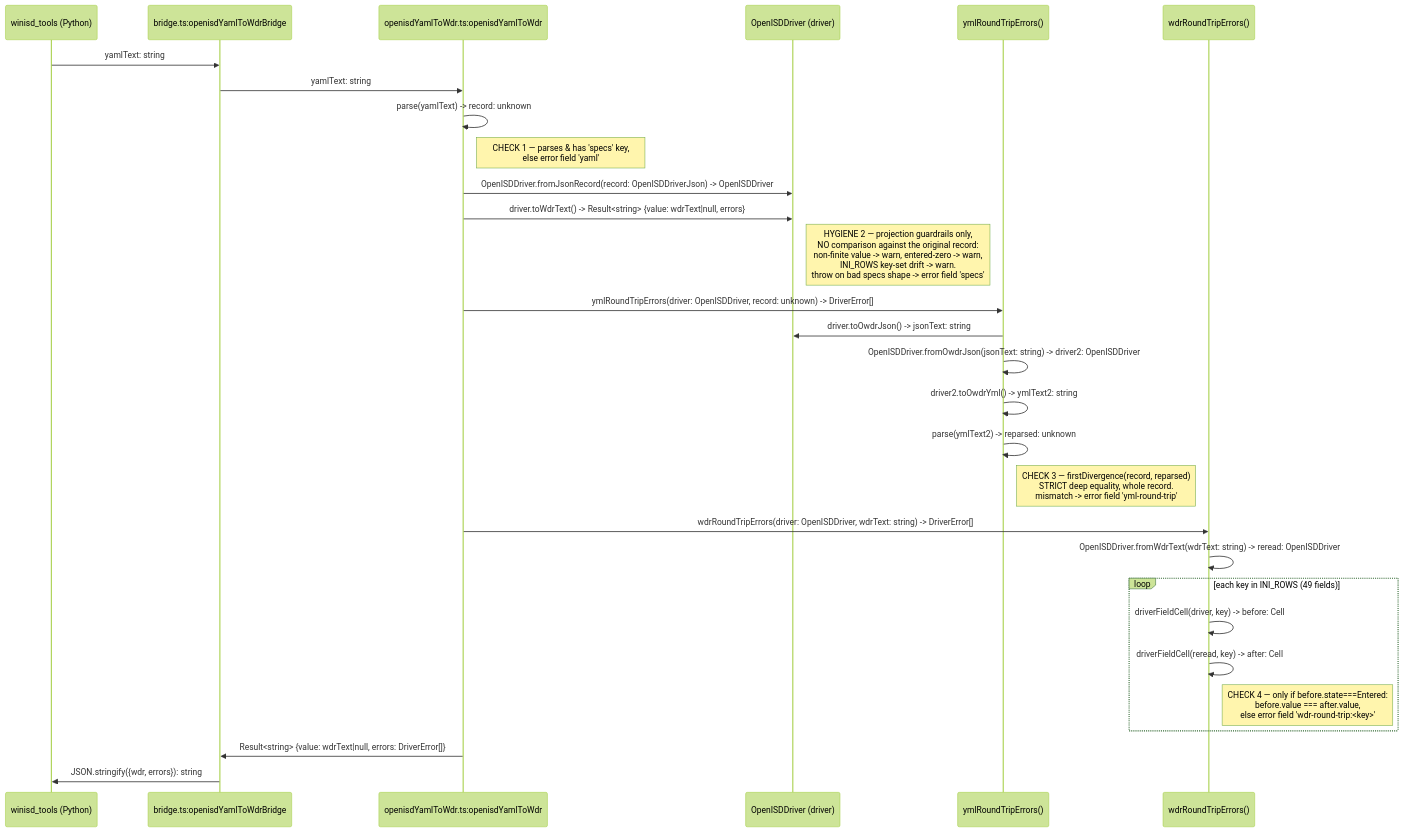
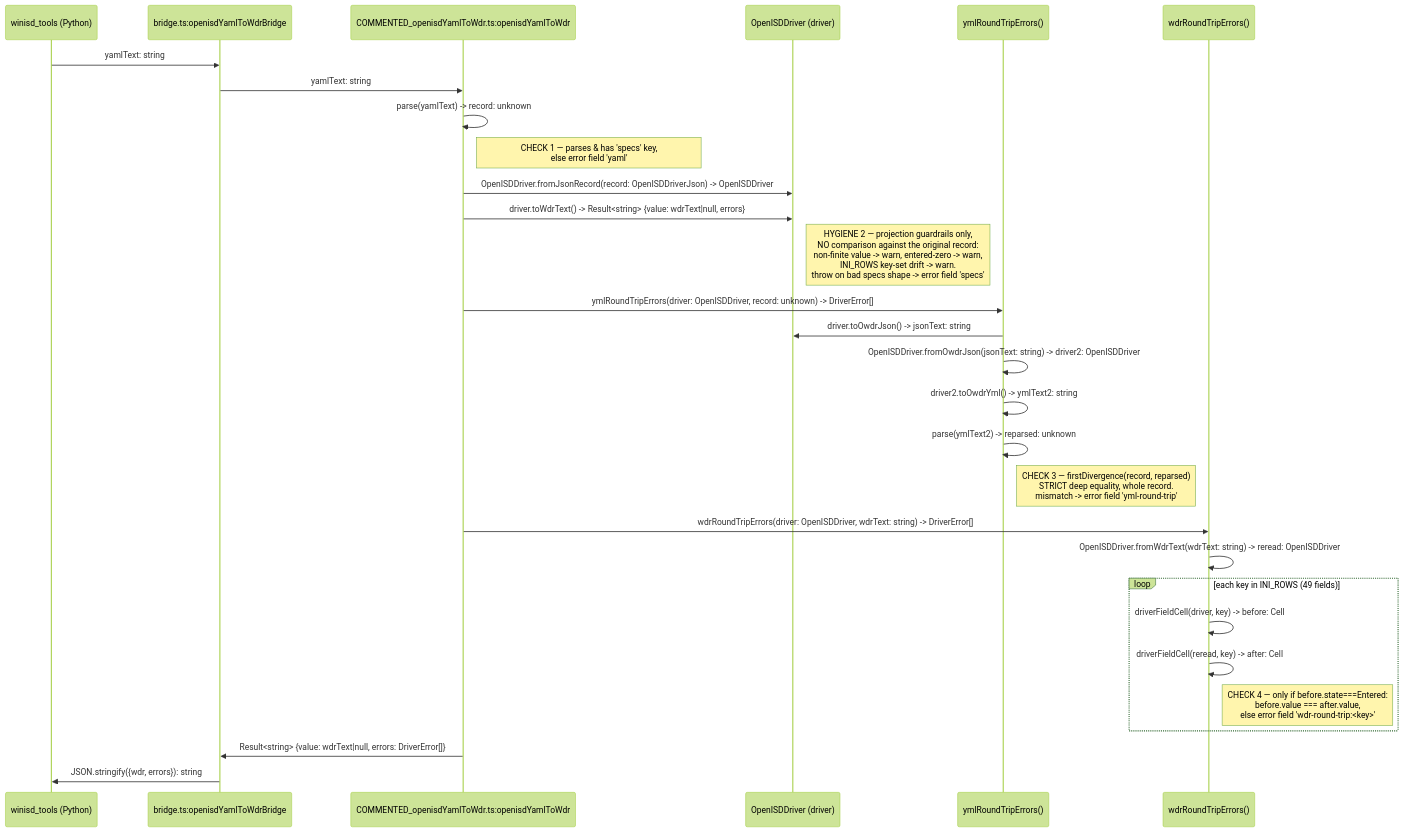
Before and after one commit to Johnlon/openisd: the diagram in docs/design/OPENISD_YAML_TO_WDR_SEQUENCE.md, drawn with Mermaid (forest theme). The commit also changed 114 other files, not shown here.

````diff
--- a/docs/design/OPENISD_YAML_TO_WDR_SEQUENCE.md
+++ b/docs/design/OPENISD_YAML_TO_WDR_SEQUENCE.md
@@ -6,35 +6,35 @@
 ```mermaid
 sequenceDiagram
     participant Py as winisd_tools (Python)
     participant Bridge as bridge.ts:openisdYamlToWdrBridge
-    participant Fn as openisdYamlToWdr.ts:openisdYamlToWdr
+    participant Fn as COMMENTED_openisdYamlToWdr.ts:openisdYamlToWdr
     participant D1 as OpenISDDriver (driver)
     participant Yml as ymlRoundTripErrors()
     participant Wdr as wdrRoundTripErrors()
 
     Py->>Bridge: yamlText: string
     Bridge->>Fn: yamlText: string
     Fn->>Fn: parse(yamlText) -> record: unknown
     Note right of Fn: CHECK 1 — parses & has 'specs' key,<br/>else error field 'yaml'
     Fn->>D1: OpenISDDriver.fromJsonRecord(record: OpenISDDriverJson) -> OpenISDDriver
     Fn->>D1: driver.toWdrText() -> Result<string> {value: wdrText|null, errors}
     Note right of D1: HYGIENE 2 — projection guardrails only,<br/>NO comparison against the original record:<br/>non-finite value -> warn, entered-zero -> warn,<br/>INI_ROWS key-set drift -> warn.<br/>throw on bad specs shape -> error field 'specs'
 
     Fn->>Yml: ymlRoundTripErrors(driver: OpenISDDriver, record: unknown) -> DriverError[]
     Yml->>D1: driver.toOwdrJson() -> jsonText: string
     Yml->>Yml: OpenISDDriver.fromOwdrJson(jsonText: string) -> driver2: OpenISDDriver
     Yml->>Yml: driver2.toOwdrYml() -> ymlText2: string
     Yml->>Yml: parse(ymlText2) -> reparsed: unknown
     Note right of Yml: CHECK 3 — firstDivergence(record, reparsed)<br/>STRICT deep equality, whole record.<br/>mismatch -> error field 'yml-round-trip'
 
     Fn->>Wdr: wdrRoundTripErrors(driver: OpenISDDriver, wdrText: string) -> DriverError[]
     Wdr->>Wdr: OpenISDDriver.fromWdrText(wdrText: string) -> reread: OpenISDDriver
     loop each key in INI_ROWS (49 fields)
         Wdr->>Wdr: driverFieldCell(driver, key) -> before: Cell
         Wdr->>Wdr: driverFieldCell(reread, key) -> after: Cell
         Note right of Wdr: CHECK 4 — only if before.state===Entered:<br/>before.value === after.value,<br/>else error field 'wdr-round-trip:<key>'
     end
 
     Fn->>Bridge: Result<string> {value: wdrText|null, errors: DriverError[]}
     Bridge->>Py: JSON.stringify({wdr, errors}): string
 ```
````
